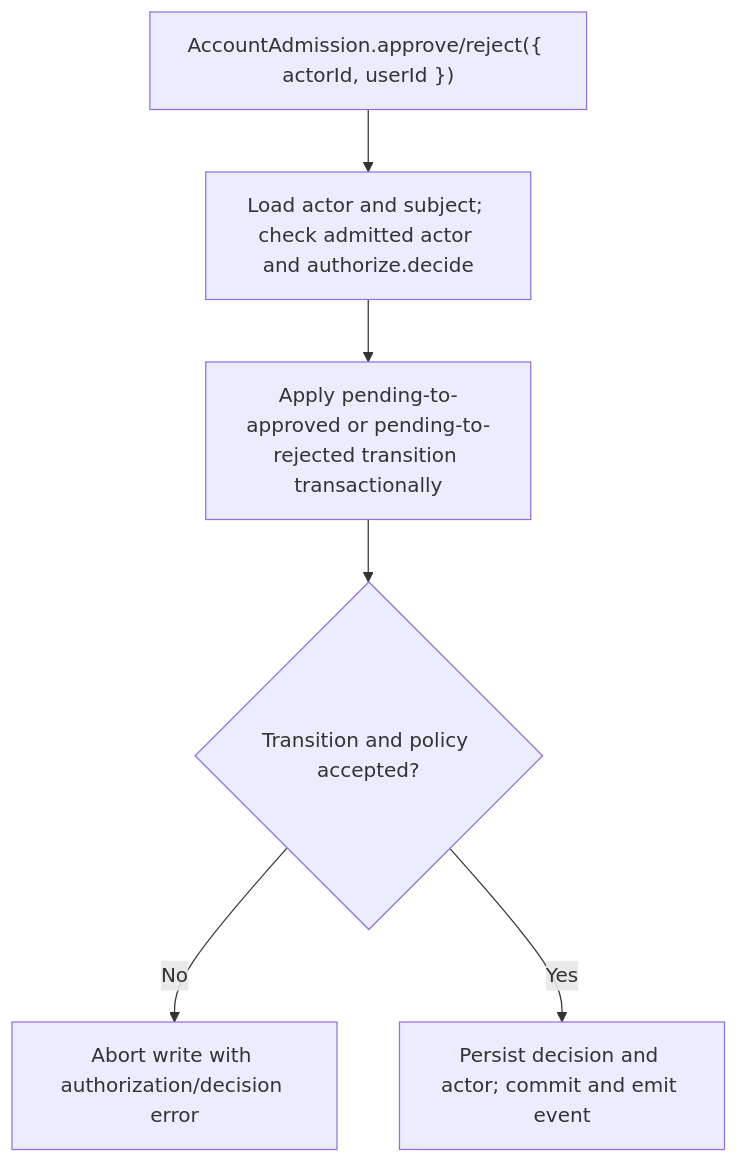
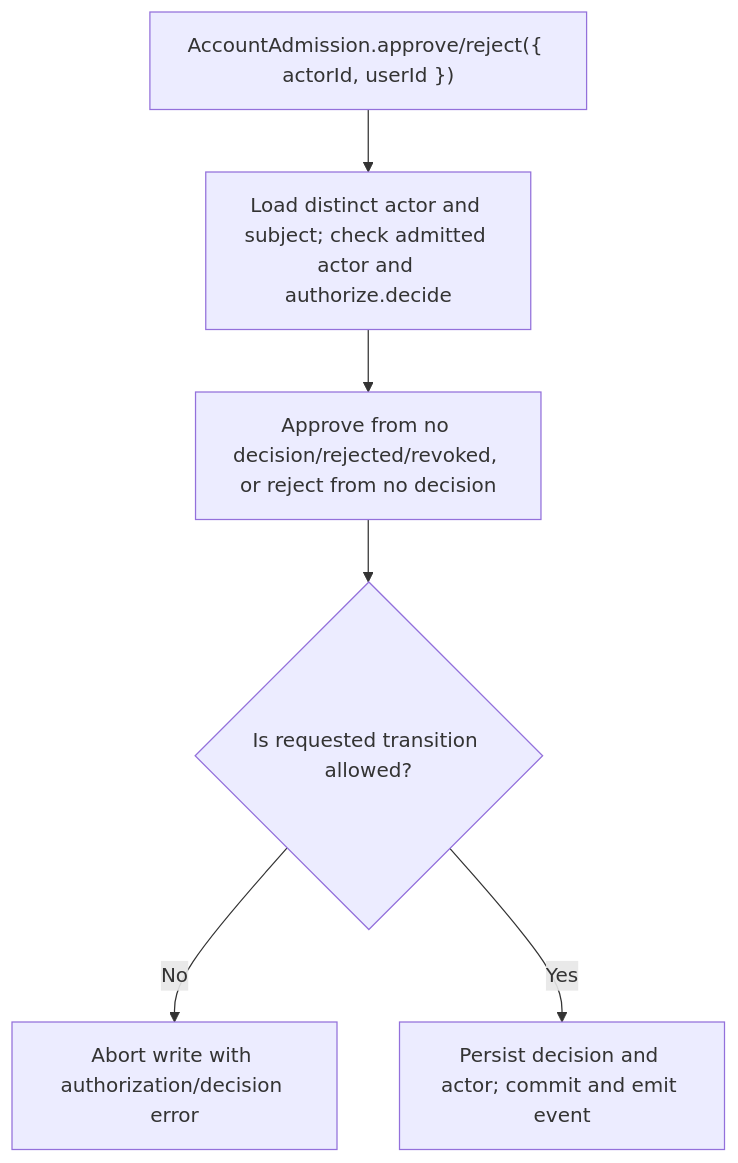
Before and after one commit to Kevinjohn/oss-adonisjs-account-kit: the second of 2 diagrams in user-stories/US-ACCOUNT-26-decide-admission.md, drawn with Mermaid. The commit also changed other lines of this file and 7 other files, not shown here.

````diff
--- a/user-stories/US-ACCOUNT-26-decide-admission.md
+++ b/user-stories/US-ACCOUNT-26-decide-admission.md
@@ -31,8 +31,8 @@
 ```mermaid
 flowchart TD
- A["AccountAdmission.approve/reject({ actorId, userId })"] --> B["Load actor and subject; check admitted actor and authorize.decide"]
- B --> C["Apply pending-to-approved or pending-to-rejected transition transactionally"]
- C --> D{"Transition and policy accepted?"}
+ A["AccountAdmission.approve/reject({ actorId, userId })"] --> B["Load distinct actor and subject; check admitted actor and authorize.decide"]
+ B --> C["Approve from no decision/rejected/revoked, or reject from no decision"]
+ C --> D{"Is requested transition allowed?"}
  D -->|No| E["Abort write with authorization/decision error"]
  D -->|Yes| F["Persist decision and actor; commit and emit event"]
 ```
````
